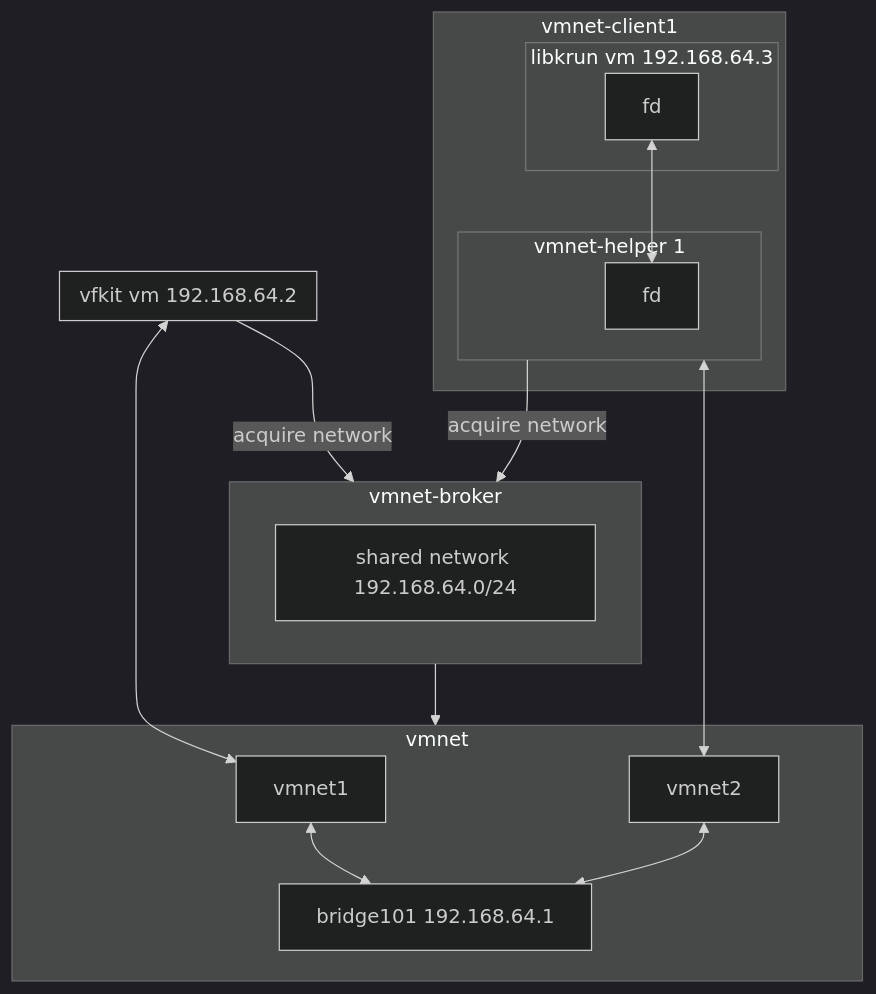
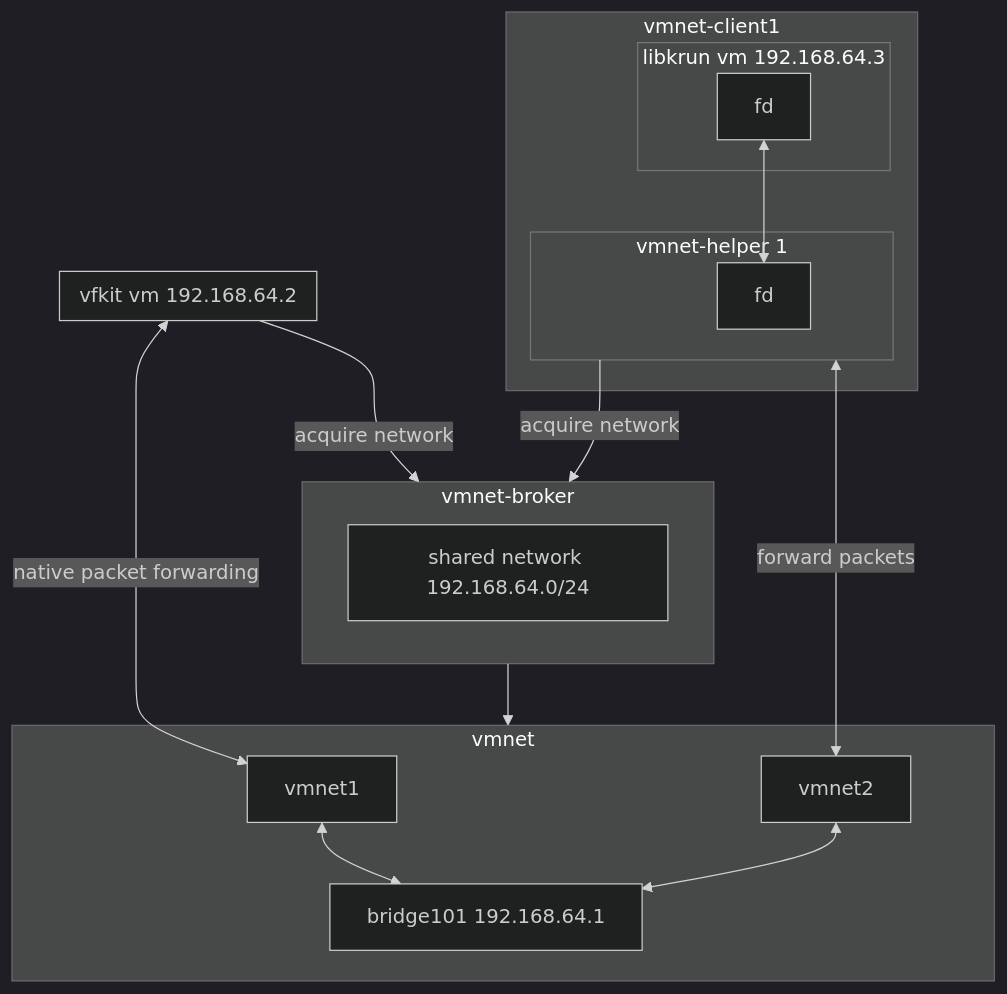
Before and after one commit to nirs/vmnet-helper: the third of 3 diagrams in docs/architecture.md, drawn with Mermaid (dark theme). The commit also changed other lines of this file, not shown here.

First line of the commit message:
docs: fix vmnet diagram and add labels to packet forwarding links

````diff
--- a/docs/architecture.md
+++ b/docs/architecture.md
@@ -168,37 +162,37 @@
 ```mermaid
 flowchart TB
   subgraph vm1["vfkit vm 192.168.64.2"]
   end
 
   subgraph vmnet-client1
     subgraph vm2["libkrun vm 192.168.64.3"]
       fd1["fd"]
     end
     subgraph helper1["vmnet-helper 1"]
       fd2["fd"]
     end
 
     fd1 <--> fd2
   end
 
   subgraph vmnet-broker
     network["shared network 192.168.64.0/24"]
   end
 
   subgraph vmnet
     vmnet1
     vmnet2
     bridge["bridge101 192.168.64.1"]
 
     vmnet1 <--> bridge
     vmnet2 <--> bridge
   end
 
-  vm1 <--> vmnet1
+  vm1 <-->|"native packet forwarding"| vmnet1
   vm1 -->|"acquire network"| vmnet-broker
 
-  helper1 <--> vmnet2
+  helper1 <-->|"forward packets"| vmnet2
   helper1 -->|"acquire network"| vmnet-broker
 
   vmnet-broker --> vmnet
 ```
````
